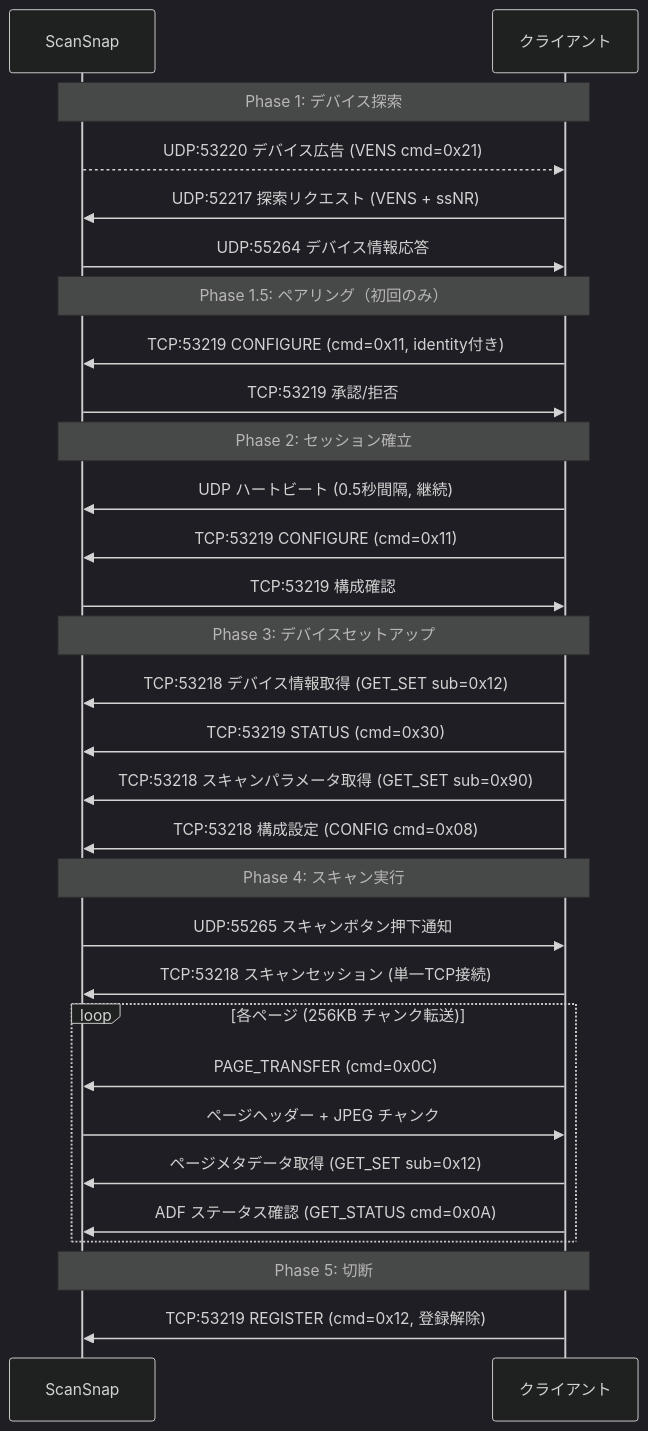
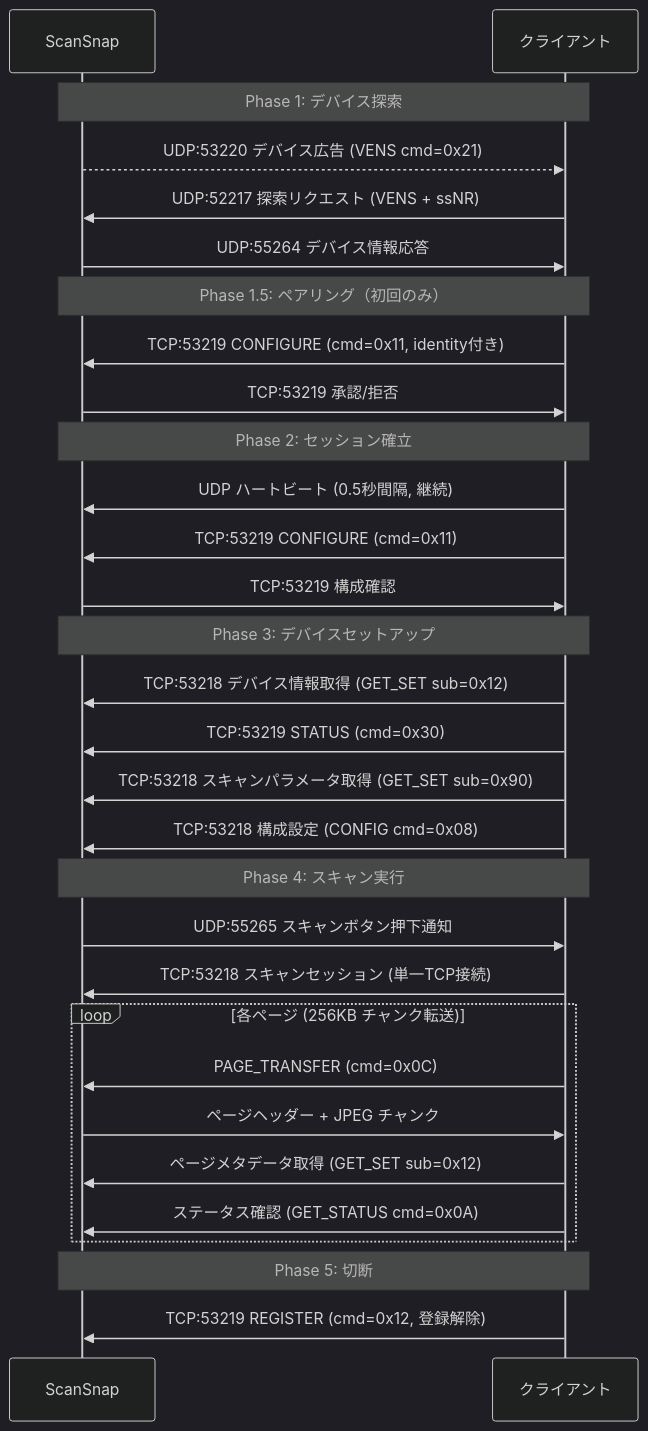
Before and after one commit to mzyy94/AirScap: the first of 4 diagrams in protocol.md, drawn with Mermaid (dark theme). The commit also changed other lines of this file and 7 other files, not shown here.

````diff
--- a/protocol.md
+++ b/protocol.md
@@ -26,38 +26,38 @@
 ```mermaid
 sequenceDiagram
     participant S as ScanSnap
     participant C as クライアント
 
     Note over S,C: Phase 1: デバイス探索
     S-->>C: UDP:53220 デバイス広告 (VENS cmd=0x21)
     C->>S: UDP:52217 探索リクエスト (VENS + ssNR)
     S->>C: UDP:55264 デバイス情報応答
 
     Note over S,C: Phase 1.5: ペアリング（初回のみ）
     C->>S: TCP:53219 CONFIGURE (cmd=0x11, identity付き)
     S->>C: TCP:53219 承認/拒否
 
     Note over S,C: Phase 2: セッション確立
     C->>S: UDP ハートビート (0.5秒間隔, 継続)
     C->>S: TCP:53219 CONFIGURE (cmd=0x11)
     S->>C: TCP:53219 構成確認
 
     Note over S,C: Phase 3: デバイスセットアップ
     C->>S: TCP:53218 デバイス情報取得 (GET_SET sub=0x12)
     C->>S: TCP:53219 STATUS (cmd=0x30)
     C->>S: TCP:53218 スキャンパラメータ取得 (GET_SET sub=0x90)
     C->>S: TCP:53218 構成設定 (CONFIG cmd=0x08)
 
     Note over S,C: Phase 4: スキャン実行
     S->>C: UDP:55265 スキャンボタン押下通知
     C->>S: TCP:53218 スキャンセッション (単一TCP接続)
     loop 各ページ (256KB チャンク転送)
         C->>S: PAGE_TRANSFER (cmd=0x0C)
         S->>C: ページヘッダー + JPEG チャンク
         C->>S: ページメタデータ取得 (GET_SET sub=0x12)
-        C->>S: ADF ステータス確認 (GET_STATUS cmd=0x0A)
+        C->>S: ステータス確認 (GET_STATUS cmd=0x0A)
     end
 
     Note over S,C: Phase 5: 切断
     C->>S: TCP:53219 REGISTER (cmd=0x12, 登録解除)
 ```
````
